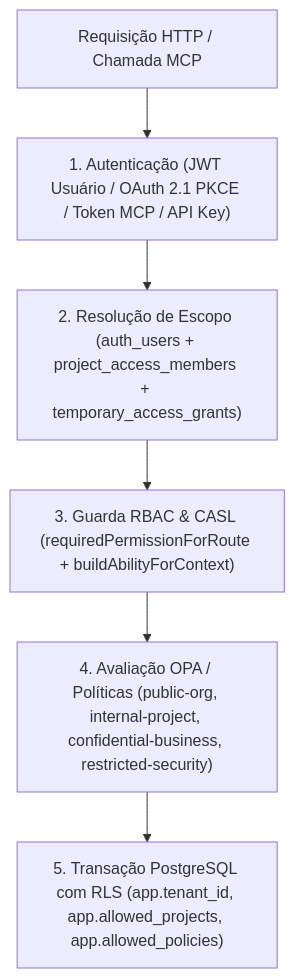
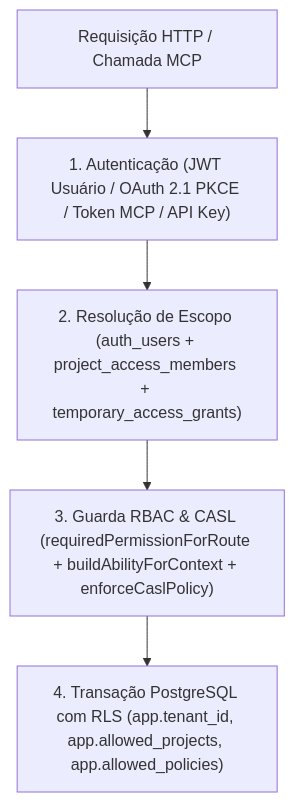
One commit to matheusbrittod3v/brain changed the diagram in brain/.brain/04-engineering/security-and-rls-model.md. Above: the diagram before and after it, drawn with Mermaid. The commit also changed 41 other files, not shown here.

Commit message:
refactor(auth,infra,docs): remove Open Policy Agent (OPA) completely and standardize on CASL + PostgreSQL RLS

````diff
--- a/brain/.brain/04-engineering/security-and-rls-model.md
+++ b/brain/.brain/04-engineering/security-and-rls-model.md
@@ -14,8 +14,7 @@
 ```mermaid
 flowchart TD
   REQ["Requisição HTTP / Chamada MCP"] --> AUTH["1. Autenticação (JWT Usuário / OAuth 2.1 PKCE / Token MCP / API Key)"]
   AUTH --> SCOPE["2. Resolução de Escopo (auth_users + project_access_members + temporary_access_grants)"]
-  SCOPE --> CASL["3. Guarda RBAC & CASL (requiredPermissionForRoute + buildAbilityForContext)"]
-  CASL --> OPA["4. Avaliação OPA / Políticas (public-org, internal-project, confidential-business, restricted-security)"]
-  OPA --> RLS["5. Transação PostgreSQL com RLS (app.tenant_id, app.allowed_projects, app.allowed_policies)"]
+  SCOPE --> CASL["3. Guarda RBAC & CASL (requiredPermissionForRoute + buildAbilityForContext + enforceCaslPolicy)"]
+  CASL --> RLS["4. Transação PostgreSQL com RLS (app.tenant_id, app.allowed_projects, app.allowed_policies)"]
 ```
````
